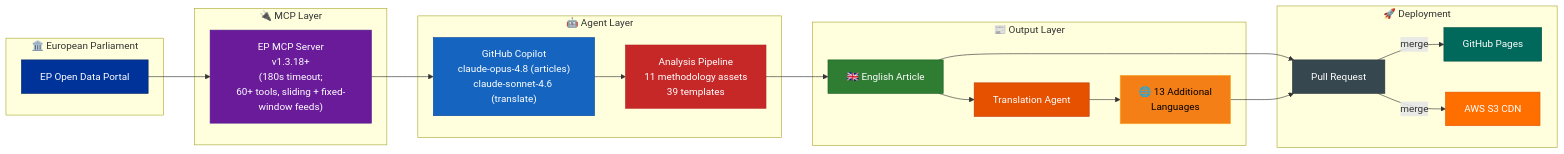
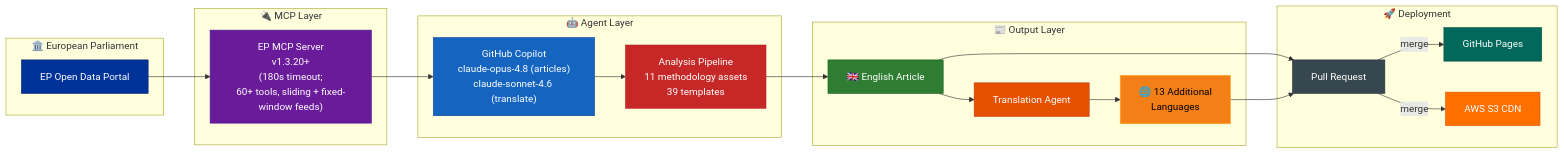
One commit to Hack23/euparliamentmonitor changed diagram 23 of 23 in WORKFLOWS.md. Above: the diagram before and after it, drawn with Mermaid. The commit also changed other lines of this file and 58 other files, not shown here.

````diff
--- a/WORKFLOWS.md
+++ b/WORKFLOWS.md
@@ -2253,42 +2253,42 @@
 ```mermaid
 flowchart LR
     subgraph "🏛️ European Parliament"
         EP["EP Open Data Portal"]
     end
 
     subgraph "🔌 MCP Layer"
-        MCP["EP MCP Server<br/>v1.3.18+<br/>(180s timeout;<br/>60+ tools, sliding + fixed-window feeds)"]
+        MCP["EP MCP Server<br/>v1.3.20+<br/>(180s timeout;<br/>60+ tools, sliding + fixed-window feeds)"]
     end
 
     subgraph "🤖 Agent Layer"
         Agent["GitHub Copilot<br/>claude-opus-4.8 (articles)<br/>claude-sonnet-4.6 (translate)"]
         Analyze["Analysis Pipeline<br/>11 methodology assets<br/>39 templates"]
     end
 
     subgraph "📰 Output Layer"
         EN["🇬🇧 English Article"]
         Translate["Translation Agent"]
         Multi["🌐 13 Additional<br/>Languages"]
     end
 
     subgraph "🚀 Deployment"
         PR["Pull Request"]
         Pages["GitHub Pages"]
         S3["AWS S3 CDN"]
     end
 
     EP --> MCP --> Agent --> Analyze --> EN --> PR
     EN --> Translate --> Multi --> PR
     PR --> |"merge"| Pages & S3
 
     style EP fill:#003399,stroke:#002266,color:#FFFFFF
     style MCP fill:#6A1B9A,stroke:#4A148C,color:#FFFFFF
     style Agent fill:#1565C0,stroke:#0D47A1,color:#FFFFFF
     style Analyze fill:#C62828,stroke:#B71C1C,color:#FFFFFF
     style EN fill:#2E7D32,stroke:#1B5E20,color:#FFFFFF
     style Translate fill:#E65100,stroke:#BF360C,color:#FFFFFF
     style Multi fill:#F57F17,stroke:#F9A825,color:#000000
     style PR fill:#37474F,stroke:#263238,color:#FFFFFF
     style Pages fill:#00695C,stroke:#004D40,color:#FFFFFF
     style S3 fill:#FF6F00,stroke:#E65100,color:#FFFFFF
 ```
````
